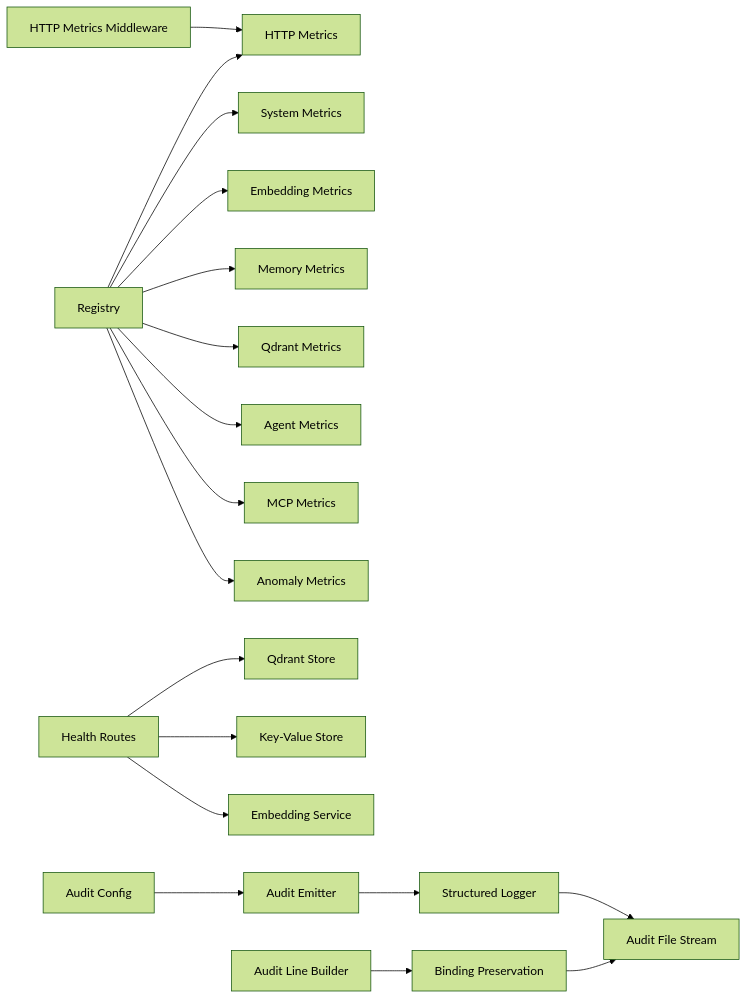
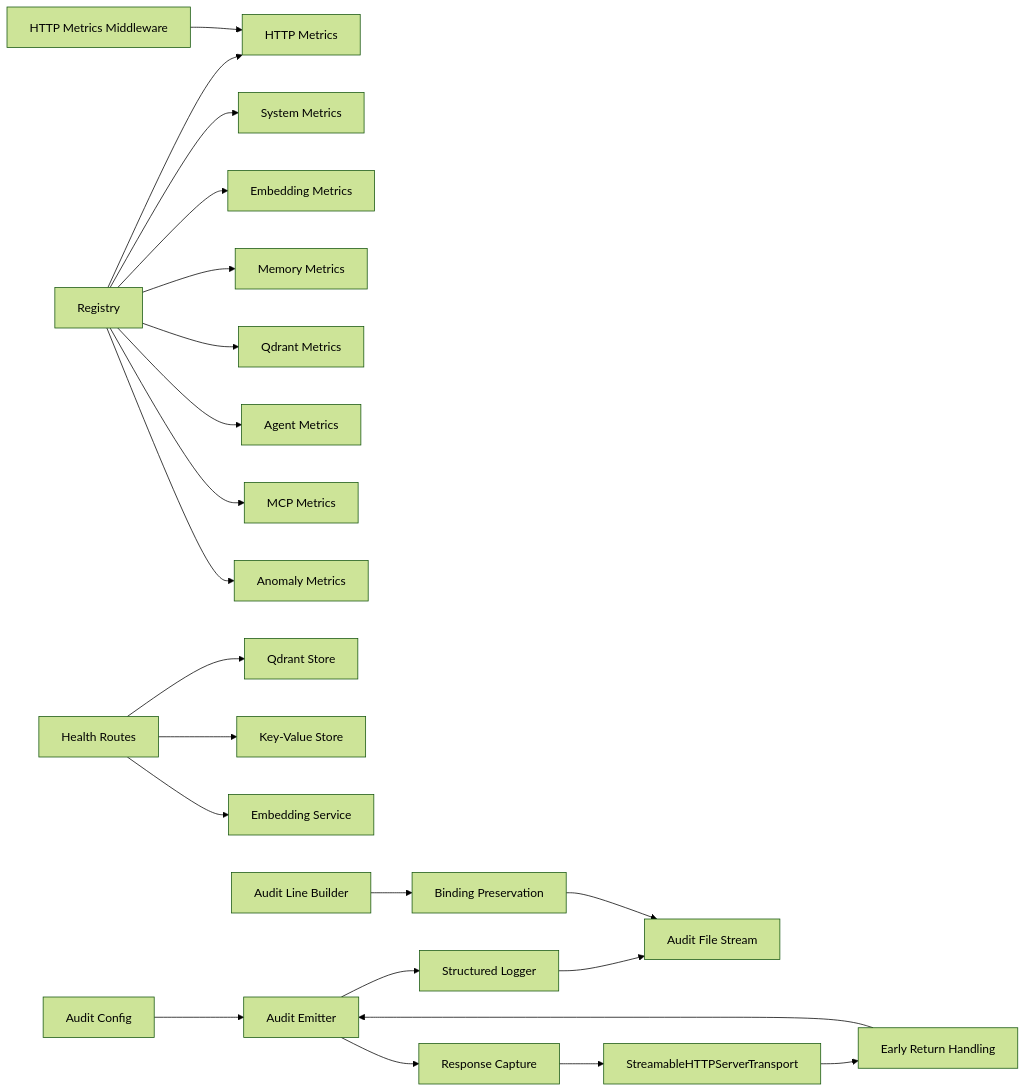
Before and after one commit to debian777/kairos-mcp: the seventh of 7 diagrams in .qoder/repowiki/en/content/Monitoring & Observability.md, drawn with Mermaid (forest theme). The commit also changed other lines of this file and 24 other files, not shown here.

First line of the commit message:
fix(audit): capture response at transport.send() level

````diff
--- a/.qoder/repowiki/en/content/Monitoring & Observability.md
+++ b/.qoder/repowiki/en/content/Monitoring & Observability.md
@@ -497,20 +522,24 @@
 ```mermaid
 graph LR
 Reg["Registry"] --> HM["HTTP Metrics"]
 Reg --> SM["System Metrics"]
 Reg --> EM["Embedding Metrics"]
 Reg --> MM["Memory Metrics"]
 Reg --> QM["Qdrant Metrics"]
 Reg --> AM["Agent Metrics"]
 Reg --> CM["MCP Metrics"]
 Reg --> AN["Anomaly Metrics"]
 MW["HTTP Metrics Middleware"] --> HM
 HS["Health Routes"] --> Q["Qdrant Store"]
 HS --> KV["Key-Value Store"]
 HS --> ES["Embedding Service"]
 AC["Audit Config"] --> AE["Audit Emitter"]
+AE --> RC["Response Capture"]
 AE --> SL["Structured Logger"]
 SL --> AF["Audit File Stream"]
 ALS["Audit Line Builder"] --> BP["Binding Preservation"]
 BP --> AF
+RC --> TST["StreamableHTTPServerTransport"]
+TST --> ER["Early Return Handling"]
+ER --> AE
 ```
````
